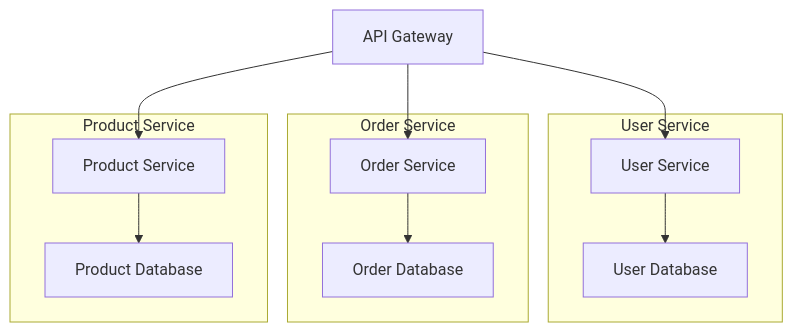
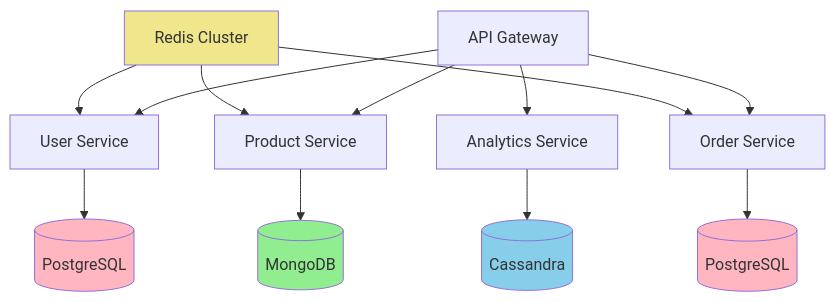
One commit to Ritahchanger/system_design changed the fourth of 5 diagrams in databases/README.md. Above: the diagram before and after it, drawn with Mermaid. The commit also changed other lines of this file and 5 other files, not shown here.

````diff
--- a/databases/README.md
+++ b/databases/README.md
@@ -255,18 +100,22 @@
 ```mermaid
 graph TB
-    subgraph "User Service"
-        US[User Service] --> UDB[User Database]
-    end
+    API[API Gateway] --> Service1[User Service]
+    API --> Service2[Product Service]
+    API --> Service3[Order Service]
+    API --> Service4[Analytics Service]
     
-    subgraph "Order Service"
-        OS[Order Service] --> ODB[Order Database]
-    end
+    Service1 --> DB1[(PostgreSQL)]
+    Service2 --> DB2[(MongoDB)]
+    Service3 --> DB3[(PostgreSQL)]
+    Service4 --> DB4[(Cassandra)]
     
-    subgraph "Product Service"
-        PS[Product Service] --> PDB[Product Database]
-    end
+    Cache[Redis Cluster] --> Service1
+    Cache --> Service2
+    Cache --> Service3
     
-    API[API Gateway] --> US
-    API --> OS
-    API --> PS
+    style DB1 fill:#FFB6C1
+    style DB2 fill:#90EE90
+    style DB3 fill:#FFB6C1
+    style DB4 fill:#87CEEB
+    style Cache fill:#F0E68C
 ```
````
